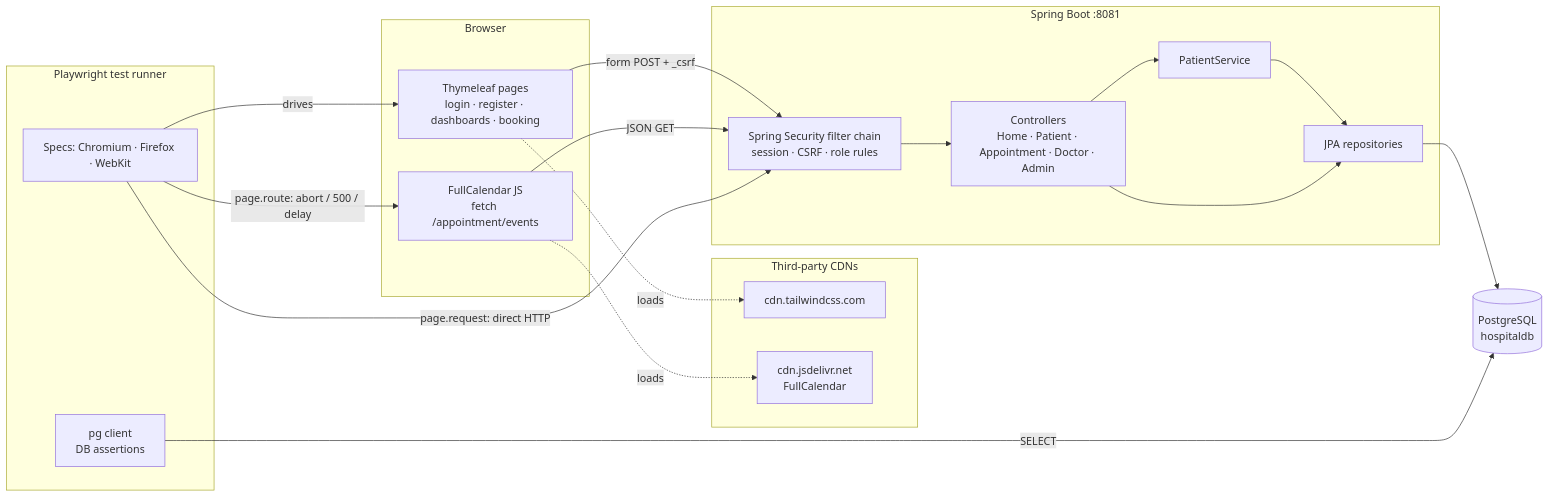
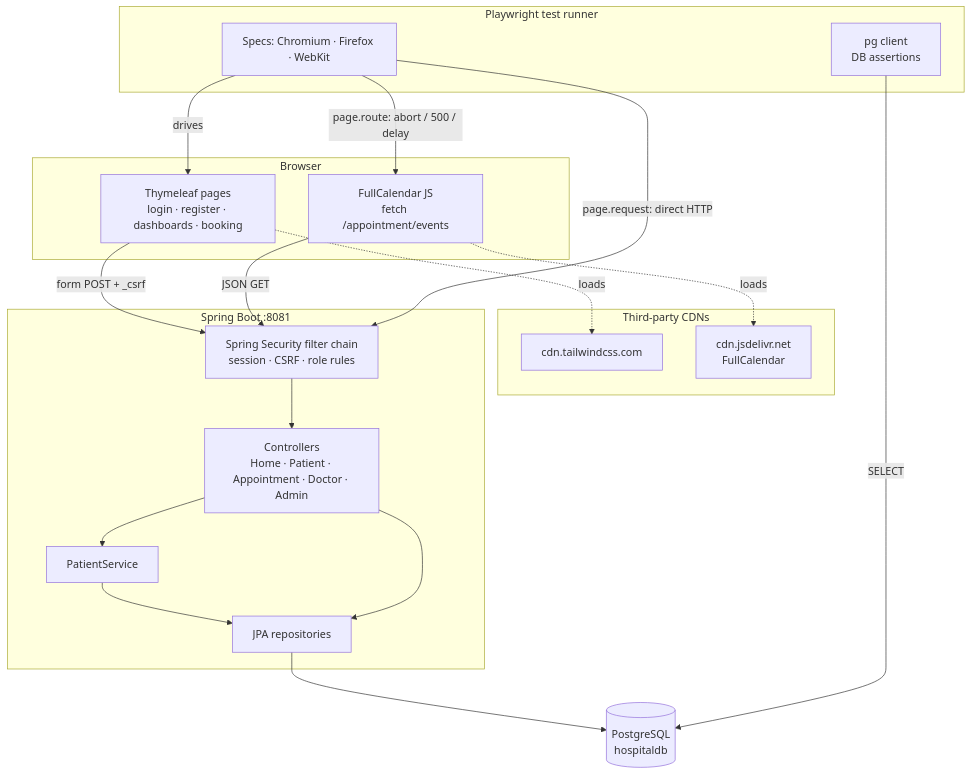
One commit to dharani070707/Software-Project changed the diagram in docs/REPORT.md. Above: the diagram before and after it, drawn with Mermaid. The commit also changed other lines of this file and 1 other file, not shown here.

````diff
--- a/docs/REPORT.md
+++ b/docs/REPORT.md
@@ -27,34 +27,34 @@
 ```mermaid
-flowchart LR
+flowchart TB
     subgraph Browser
         UI[Thymeleaf pages<br/>login · register · dashboards · booking]
         CAL[FullCalendar JS<br/>fetch /appointment/events]
     end
     subgraph CDN[Third-party CDNs]
         TW[cdn.tailwindcss.com]
         FC[cdn.jsdelivr.net<br/>FullCalendar]
     end
     subgraph Server[Spring Boot :8081]
         SEC[Spring Security filter chain<br/>session · CSRF · role rules]
         CTRL[Controllers<br/>Home · Patient · Appointment · Doctor · Admin]
         SVC[PatientService]
         REPO[JPA repositories]
     end
     DB[(PostgreSQL<br/>hospitaldb)]
 
     UI -- form POST + _csrf --> SEC
     CAL -- JSON GET --> SEC
     SEC --> CTRL --> SVC --> REPO --> DB
     CTRL --> REPO
     UI -. loads .-> TW
     CAL -. loads .-> FC
 
     subgraph Tests[Playwright test runner]
         PW[Specs: Chromium · Firefox · WebKit]
         PG[pg client<br/>DB assertions]
     end
     PW -- drives --> UI
     PW -- page.route: abort / 500 / delay --> CAL
     PW -- page.request: direct HTTP --> SEC
     PG -- SELECT --> DB
 ```
````
